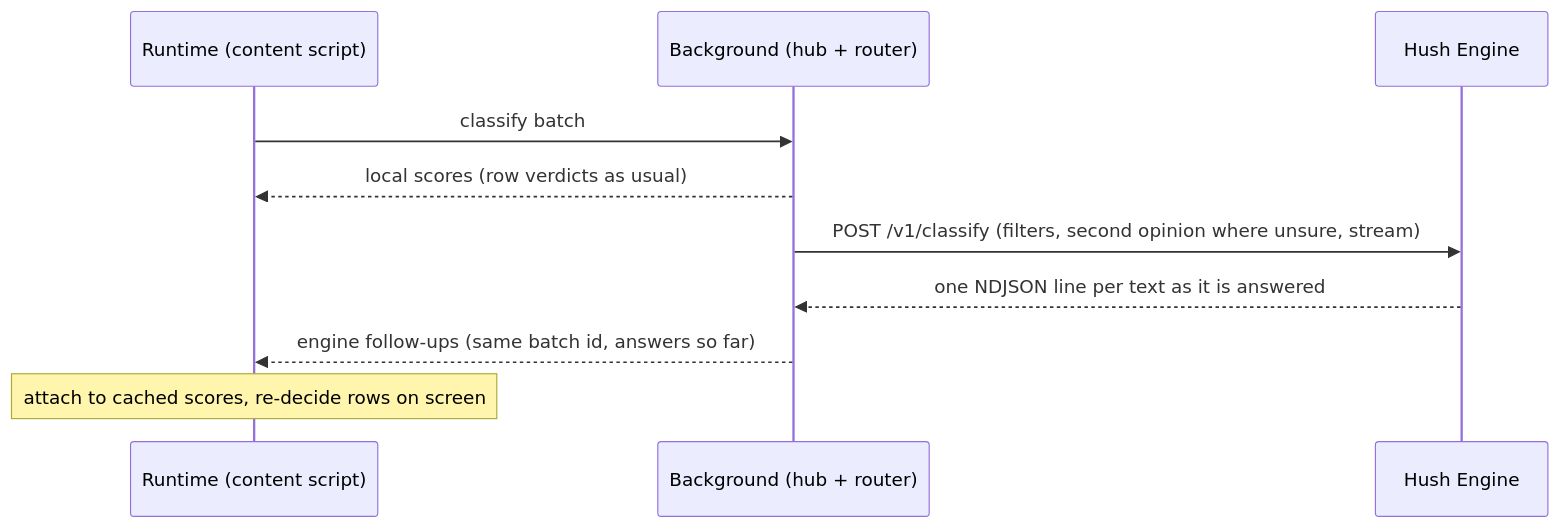
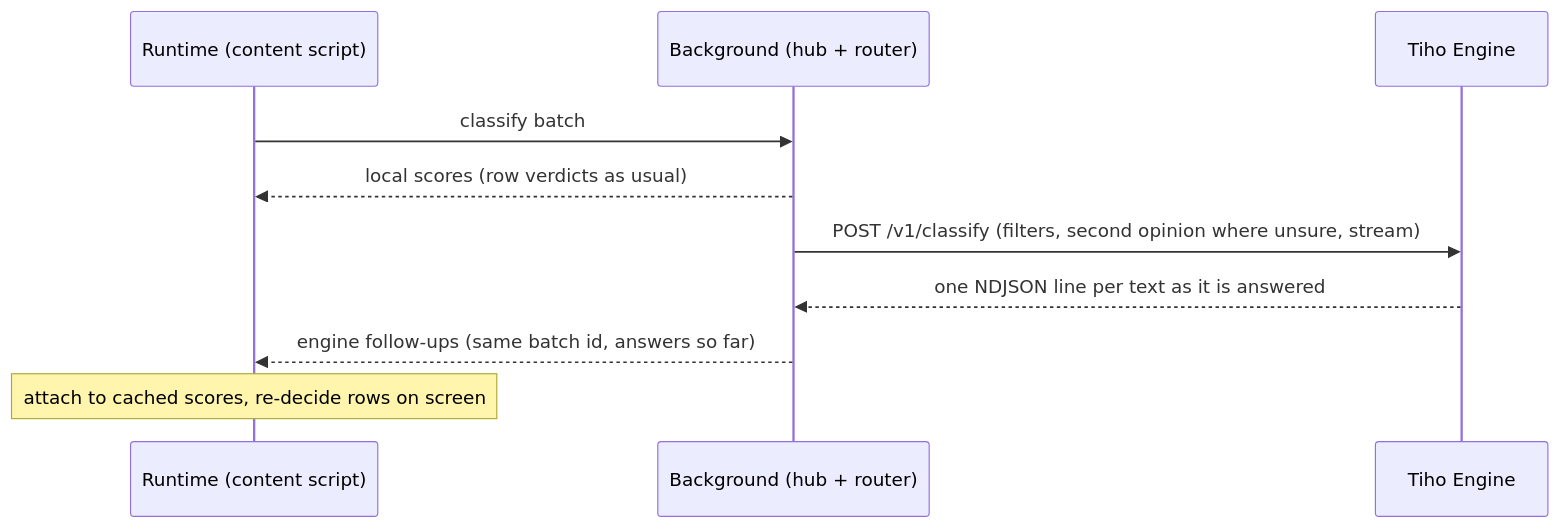
The third of 3 diagrams in docs/architecture.md (daradudai/tiho), drawn with Mermaid before and after one commit. The commit also changed other lines of this file and 172 other files, not shown here.

First line of the commit message:
Rename Hush to Tiho; ship the v3 model; store listing assets; tiho.chat site

````diff
--- a/docs/architecture.md
+++ b/docs/architecture.md
@@ -157,12 +157,12 @@
 ```mermaid
 sequenceDiagram
     participant R as Runtime (content script)
     participant B as Background (hub + router)
-    participant E as Hush Engine
+    participant E as Tiho Engine
     R->>B: classify batch
     B-->>R: local scores (row verdicts as usual)
     B->>E: POST /v1/classify (filters, second opinion where unsure, stream)
     E-->>B: one NDJSON line per text as it is answered
     B-->>R: engine follow-ups (same batch id, answers so far)
     Note over R: attach to cached scores, re-decide rows on screen
 ```
````
